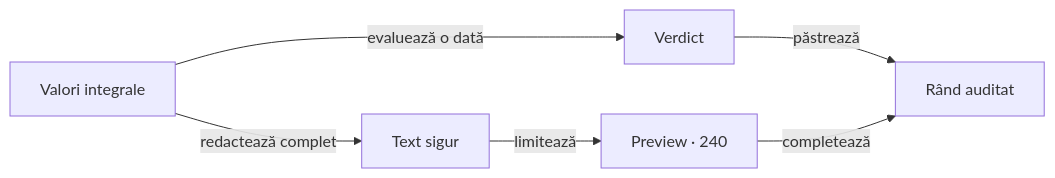
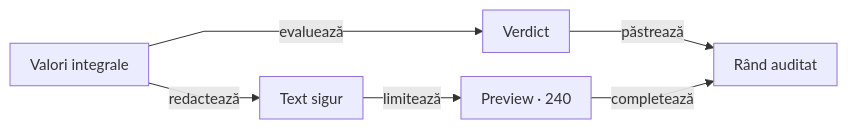
One commit to crististefanita/atf_j0 changed the tenth of 14 diagrams in atf-reporting/README.md. Above: the diagram before and after it, drawn with Mermaid. The commit also changed other lines of this file and 97 other files, not shown here.

````diff
--- a/atf-reporting/README.md
+++ b/atf-reporting/README.md
@@ -1307,8 +1439,9 @@
 ```mermaid
+%%{init: {"themeVariables":{"fontSize":"15px"},"themeCSS":".nodeLabel, .nodeLabel p { font-size: 15px !important; line-height: 1.35 !important; } .edgeLabel, .edgeLabel p { font-size: 12px !important; font-weight: 400 !important; line-height: 1.2 !important; } .edgeLabel .labelBkg, .edgeLabel p { background: transparent !important; } .edgeLabel foreignObject { transform: translateY(-18px); overflow: visible; } .node rect { rx: 6px; ry: 6px; }","flowchart":{"curve":"linear","nodeSpacing":24,"rankSpacing":40,"padding":10,"diagramPadding":16}}}%%
 flowchart LR
-    Raw[Valori integrale] -->|evaluează o dată| Verdict[Verdict]
-    Raw -->|redactează complet| Safe[Text sigur]
+    Raw[Valori integrale] -->|evaluează| Verdict[Verdict]
+    Raw -->|redactează| Safe[Text sigur]
     Safe -->|limitează| Preview[Preview · 240]
     Verdict -->|păstrează| Row[Rând auditat]
     Preview -->|completează| Row
 ```
````
